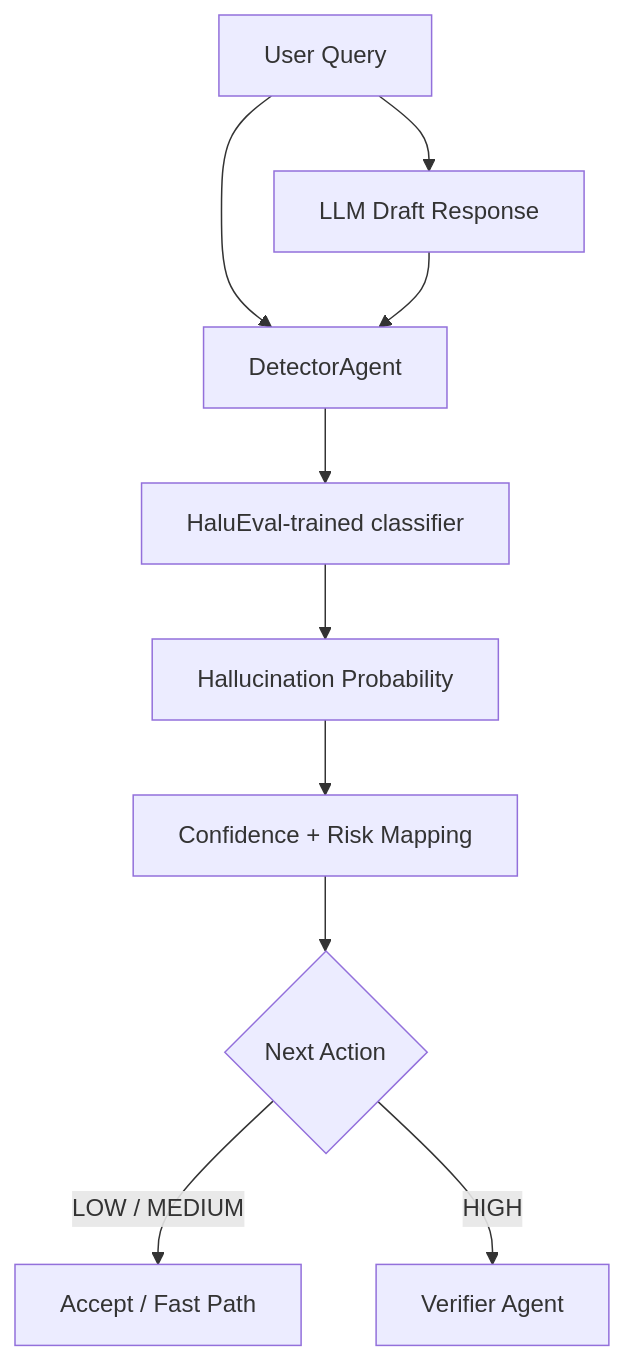
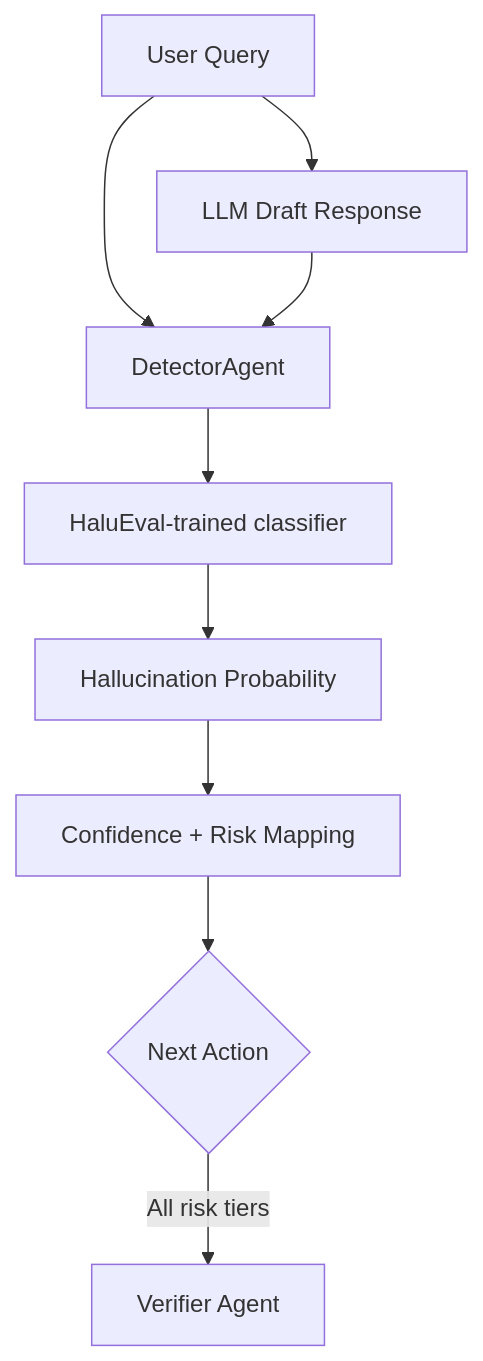
The diagram in agents/detector_agent/README.md (Manju10092006/HalluciGuard), drawn with Mermaid before and after one commit. The commit also changed other lines of this file and 21 other files, not shown here.

````diff
--- a/agents/detector_agent/README.md
+++ b/agents/detector_agent/README.md
@@ -21,12 +21,11 @@
 ```mermaid
 flowchart TD
     Q[User Query] --> R[LLM Draft Response]
     Q --> D[DetectorAgent]
     R --> D
     D --> M[HaluEval-trained classifier]
     M --> P[Hallucination Probability]
     P --> C[Confidence + Risk Mapping]
     C --> A{Next Action}
-    A -->|LOW / MEDIUM| F[Accept / Fast Path]
-    A -->|HIGH| V[Verifier Agent]
+    A -->|All risk tiers| V[Verifier Agent]
 ```
````
